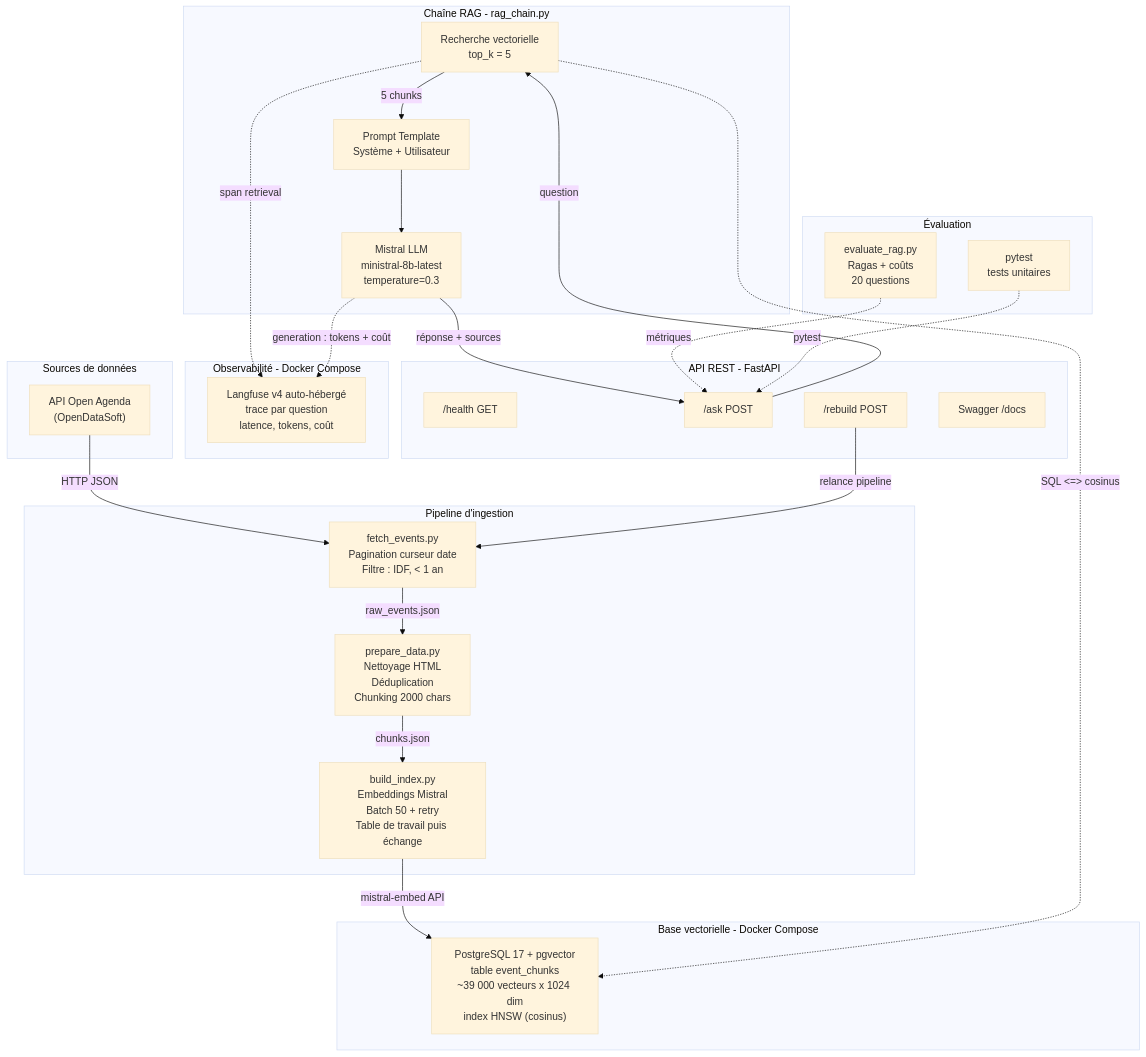
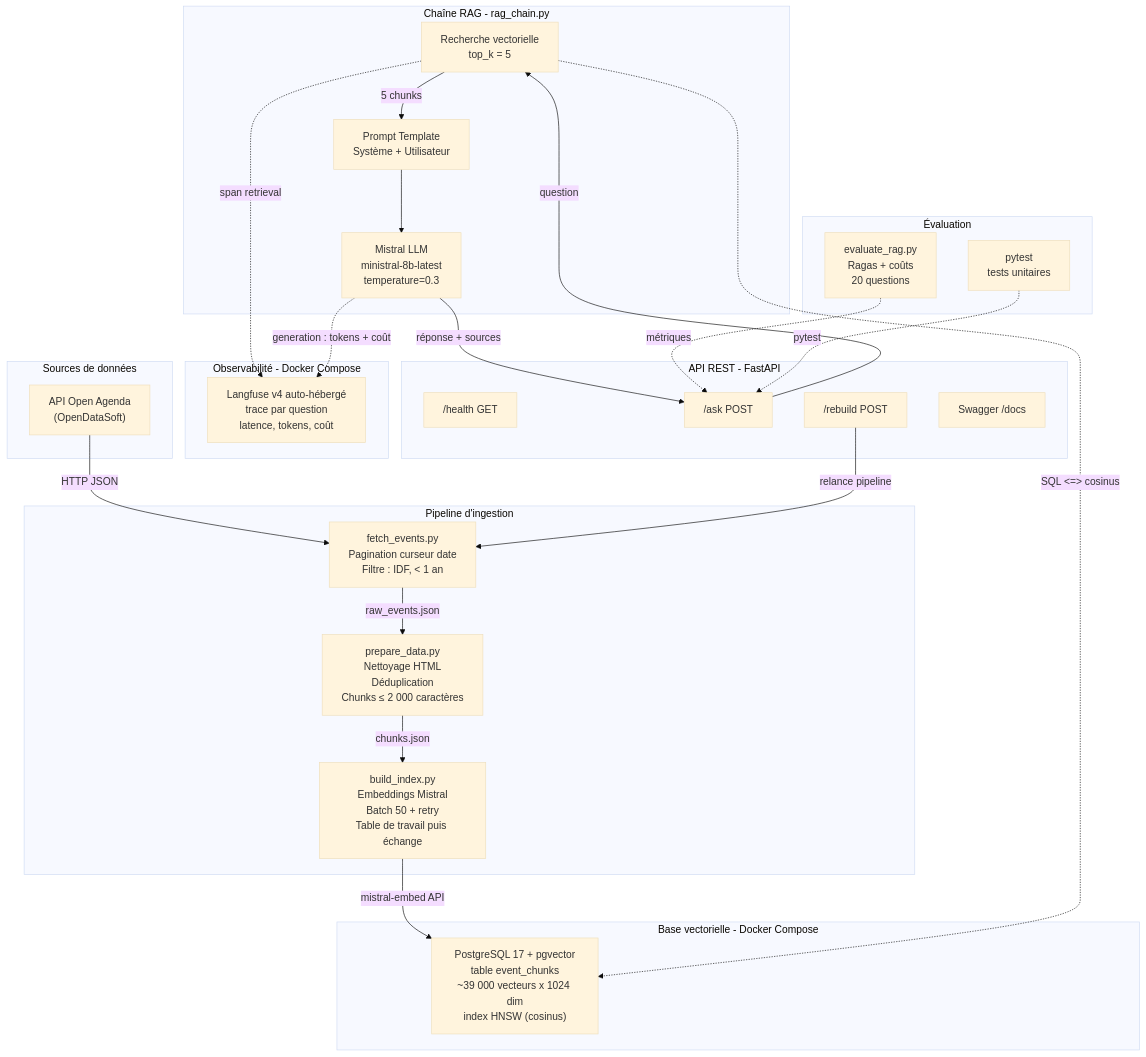
One commit to clementRbl/pull-events changed the diagram in README.md. Above: the diagram before and after it, drawn with Mermaid (base theme). The commit also changed other lines of this file and 19 other files, not shown here.

First line of the commit message:
feat(rag): compare three chunking strategies and cap chunks at 2000 chars

````diff
--- a/README.md
+++ b/README.md
@@ -30,56 +30,56 @@
 ```mermaid
 graph TB
     subgraph "Sources de données"
         OA["API Open Agenda<br/>(OpenDataSoft)"]
     end
 
     subgraph "Pipeline d'ingestion"
         FE["fetch_events.py<br/>Pagination curseur date<br/>Filtre : IDF, < 1 an"]
-        PD["prepare_data.py<br/>Nettoyage HTML<br/>Déduplication<br/>Chunking 2000 chars"]
+        PD["prepare_data.py<br/>Nettoyage HTML<br/>Déduplication<br/>Chunks ≤ 2 000 caractères"]
         BI["build_index.py<br/>Embeddings Mistral<br/>Batch 50 + retry<br/>Table de travail puis échange"]
     end
 
     subgraph "Base vectorielle - Docker Compose"
         PG["PostgreSQL 17 + pgvector<br/>table event_chunks<br/>~39 000 vecteurs x 1024 dim<br/>index HNSW (cosinus)"]
     end
 
     subgraph "Chaîne RAG - rag_chain.py"
         RET["Recherche vectorielle<br/>top_k = 5"]
         PROMPT["Prompt Template<br/>Système + Utilisateur"]
         LLM["Mistral LLM<br/>ministral-8b-latest<br/>temperature=0.3"]
     end
 
     subgraph "Observabilité - Docker Compose"
         LF["Langfuse v4 auto-hébergé<br/>trace par question<br/>latence, tokens, coût"]
     end
 
     subgraph "API REST - FastAPI"
         HEALTH["/health GET"]
         ASK["/ask POST"]
         REBUILD["/rebuild POST"]
         SWAGGER["Swagger /docs"]
     end
 
     subgraph "Évaluation"
         EVAL["evaluate_rag.py<br/>Ragas + coûts<br/>20 questions"]
         TEST["pytest<br/>tests unitaires"]
     end
 
     OA -->|"HTTP JSON"| FE
     FE -->|"raw_events.json"| PD
     PD -->|"chunks.json"| BI
     BI -->|"mistral-embed API"| PG
 
     ASK -->|"question"| RET
     RET -->|"5 chunks"| PROMPT
     PROMPT --> LLM
     LLM -->|"réponse + sources"| ASK
 
     REBUILD -->|"relance pipeline"| FE
     RET -.->|"SQL <=> cosinus"| PG
     RET -.->|"span retrieval"| LF
     LLM -.->|"generation : tokens + coût"| LF
 
     EVAL -.->|"métriques"| ASK
     TEST -.->|"pytest"| ASK
 ```
````
